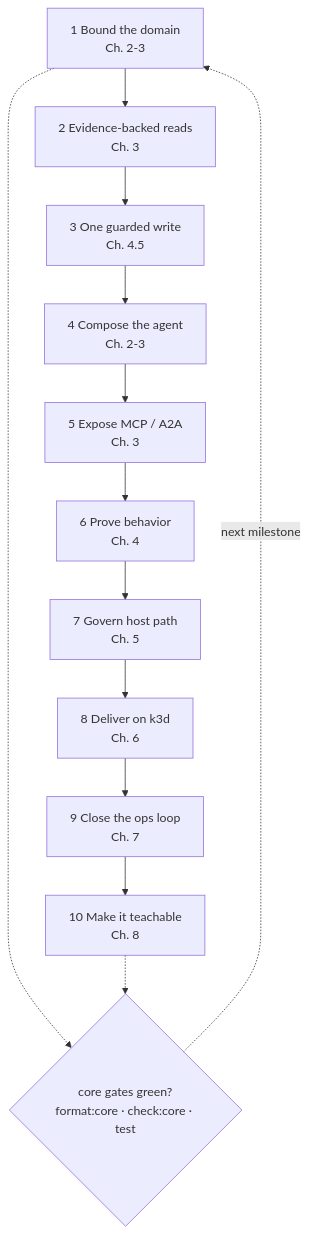
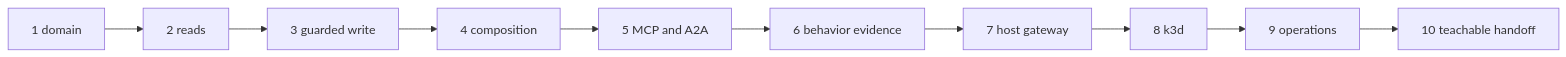
One commit to LuiGGi629/agentops-open-course changed the diagram in content/8. Community/8.7. Capstone.md. Above: the diagram before and after it, drawn with Mermaid. The commit also changed other lines of this file and 87 other files, not shown here.

````diff
--- a/content/8. Community/8.7. Capstone.md
+++ b/content/8. Community/8.7. Capstone.md
@@ -190,16 +160,6 @@
 ```mermaid
-flowchart TD
-    M1["1 Bound the domain<br/>Ch. 2-3"] --> M2["2 Evidence-backed reads<br/>Ch. 3"]
-    M2 --> M3["3 One guarded write<br/>Ch. 4.5"]
-    M3 --> M4["4 Compose the agent<br/>Ch. 2-3"]
-    M4 --> M5["5 Expose MCP / A2A<br/>Ch. 3"]
-    M5 --> M6["6 Prove behavior<br/>Ch. 4"]
-    M6 --> M7["7 Govern host path<br/>Ch. 5"]
-    M7 --> M8["8 Deliver on k3d<br/>Ch. 6"]
-    M8 --> M9["9 Close the ops loop<br/>Ch. 7"]
-    M9 --> M10["10 Make it teachable<br/>Ch. 8"]
-    Gate{"core gates green?<br/>format:core · check:core · test"}
-    M1 -.-> Gate
-    M10 -.-> Gate
-    Gate -.next milestone.-> M1
+flowchart LR
+    Domain["1 domain"] --> Reads["2 reads"] --> Write["3 guarded write"] --> Compose["4 composition"]
+    Compose --> Protocols["5 MCP and A2A"] --> Eval["6 behavior evidence"] --> Gateway["7 host gateway"]
+    Gateway --> K8s["8 k3d"] --> Ops["9 operations"] --> Docs["10 teachable handoff"]
 ```
````
